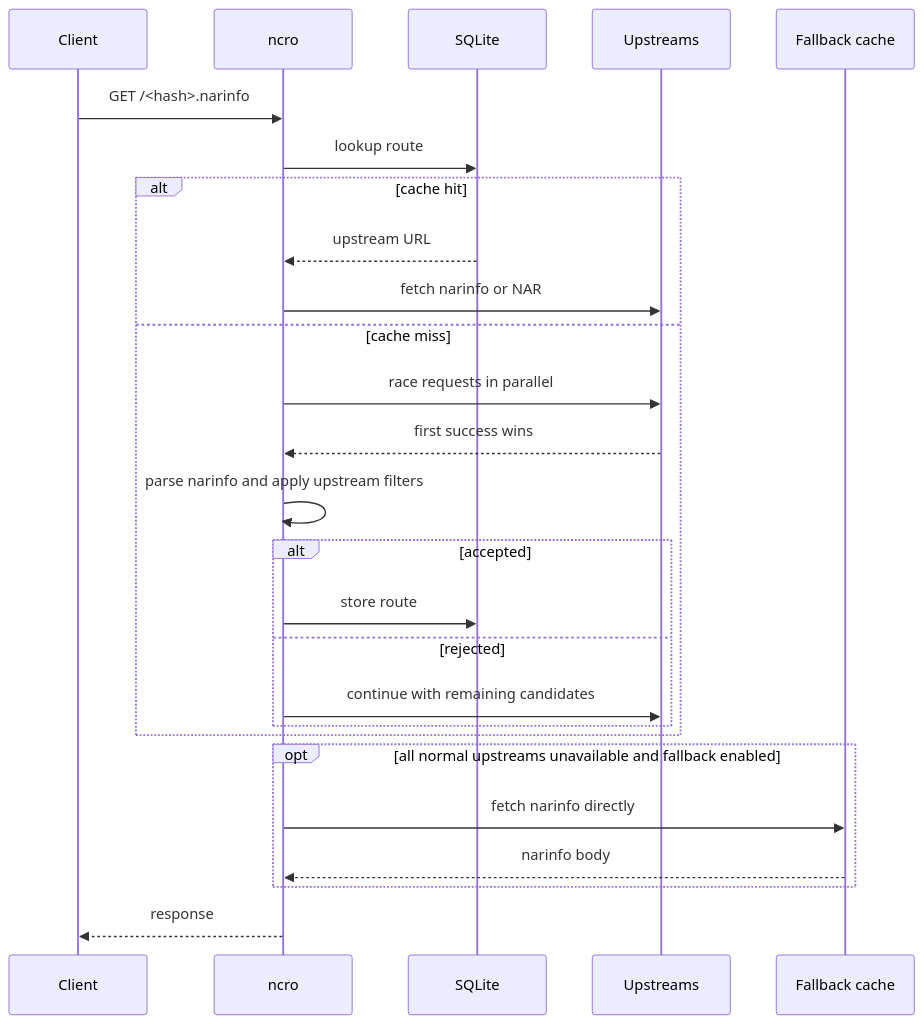
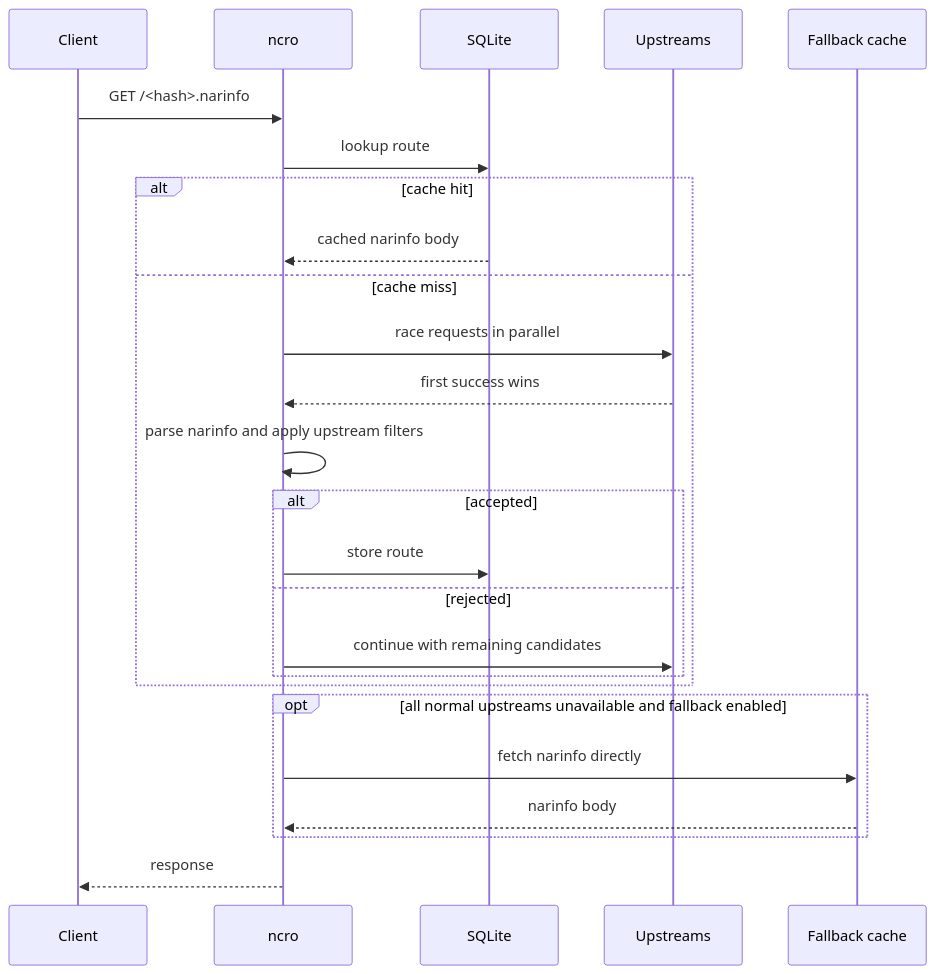
One commit to manic-systems/ncro changed the second of 5 diagrams in docs/architecture.md. Above: the diagram before and after it, drawn with Mermaid. The commit also changed other lines of this file, not shown here.

Commit message:
docs: update architechture reference to detail adaptive NAR streaming

````diff
--- a/docs/architecture.md
+++ b/docs/architecture.md
@@ -27,29 +30,28 @@
 ```mermaid
 sequenceDiagram
   participant C as Client
   participant N as ncro
   participant S as SQLite
   participant U as Upstreams
   participant F as Fallback cache
 
   C->>N: GET /<hash>.narinfo
   N->>S: lookup route
   alt cache hit
-    S-->>N: upstream URL
-    N->>U: fetch narinfo or NAR
+    S-->>N: cached narinfo body
   else cache miss
     N->>U: race requests in parallel
     U-->>N: first success wins
     N->>N: parse narinfo and apply upstream filters
     alt accepted
       N->>S: store route
     else rejected
       N->>U: continue with remaining candidates
     end
   end
   opt all normal upstreams unavailable and fallback enabled
     N->>F: fetch narinfo directly
     F-->>N: narinfo body
   end
   N-->>C: response
 ```
````
